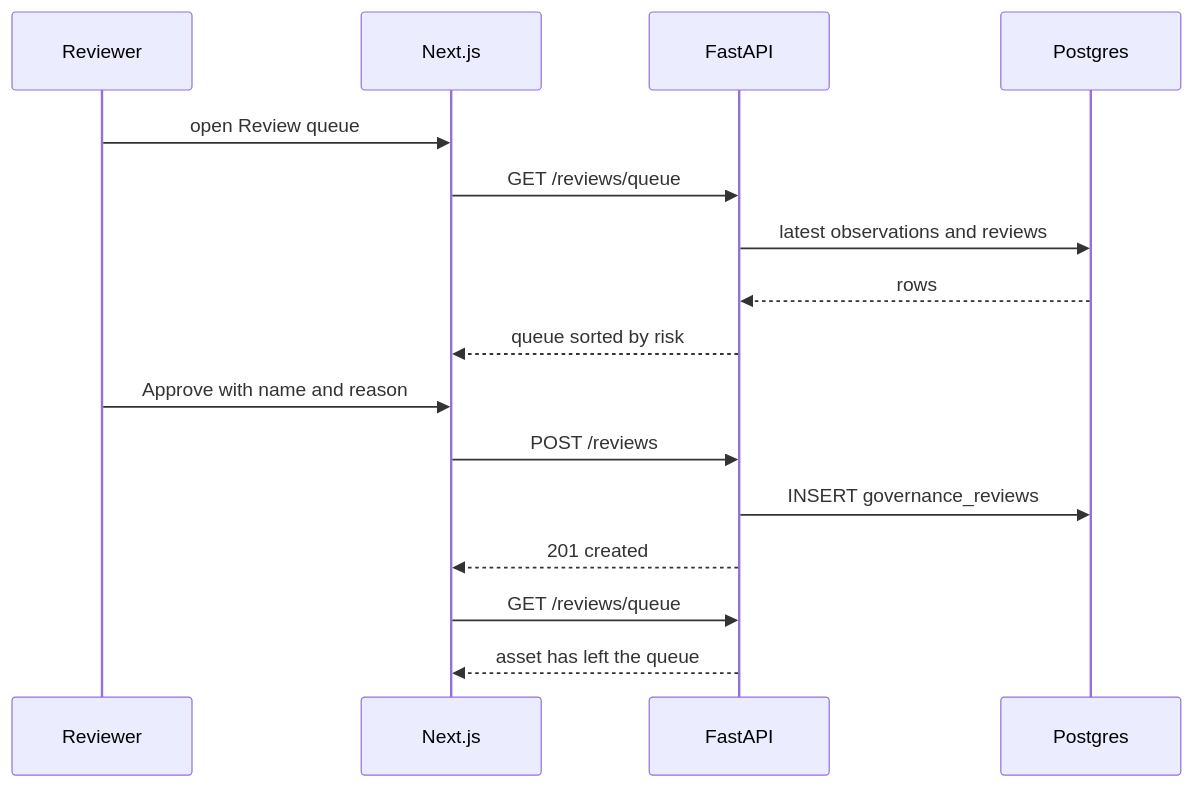
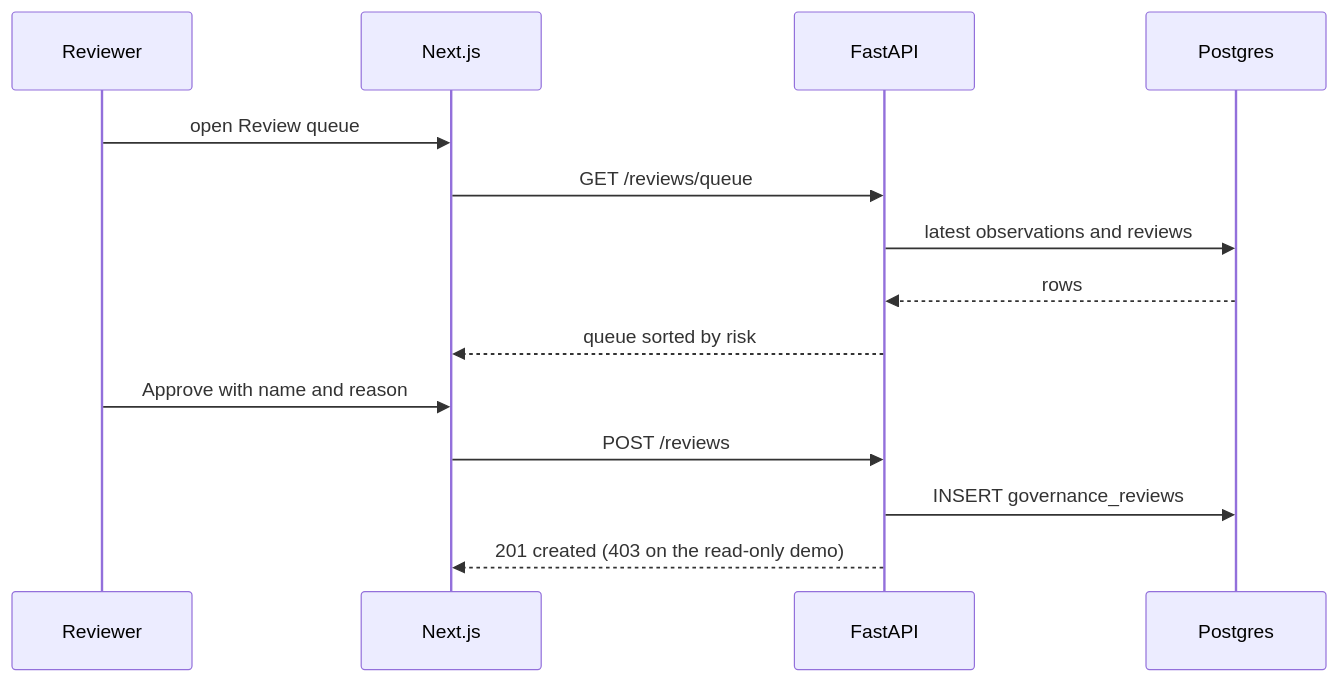
Before and after one commit to SahilArate/cloud-AI-discovery-agent: the third of 4 diagrams in README.md, drawn with Mermaid. The commit also changed other lines of this file and 3 other files, not shown here.

````diff
--- a/README.md
+++ b/README.md
@@ -118,18 +168,16 @@
 ```mermaid
 sequenceDiagram
     participant U as Reviewer
     participant W as Next.js
     participant A as FastAPI
     participant D as Postgres
     U->>W: open Review queue
     W->>A: GET /reviews/queue
     A->>D: latest observations and reviews
     D-->>A: rows
     A-->>W: queue sorted by risk
     U->>W: Approve with name and reason
     W->>A: POST /reviews
     A->>D: INSERT governance_reviews
-    A-->>W: 201 created
-    W->>A: GET /reviews/queue
-    A-->>W: asset has left the queue
+    A-->>W: 201 created (403 on the read-only demo)
 ```
````
